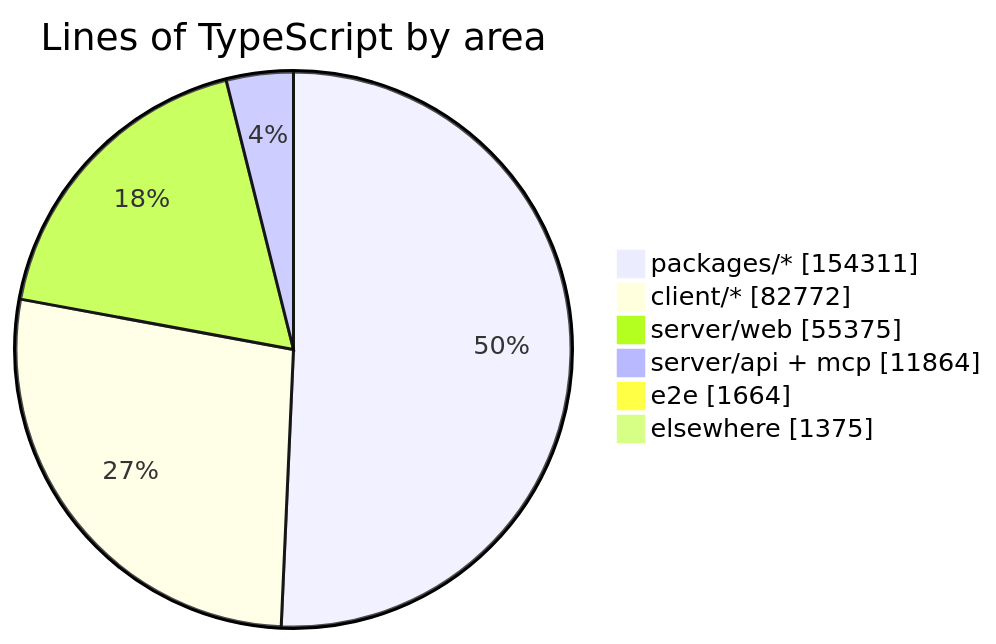
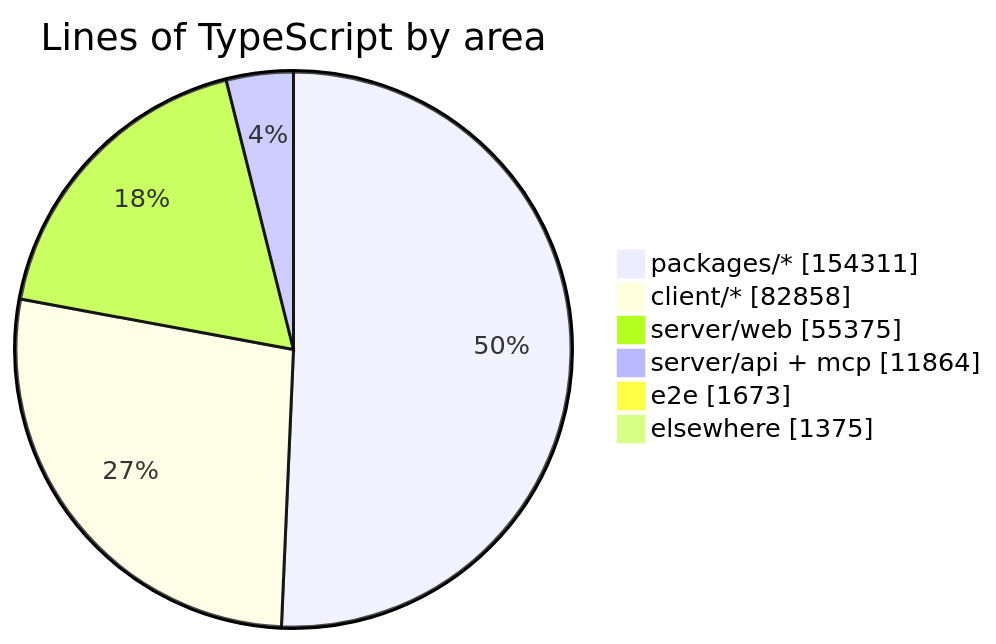
The diagram in README.md (crossworks-engineering/mantle), drawn with Mermaid before and after one commit. The commit also changed other lines of this file and 4 other files, not shown here.

````diff
--- a/README.md
+++ b/README.md
@@ -279,9 +279,9 @@
 ```mermaid
 pie showData title Lines of TypeScript by area
     "packages/*" : 154311
-    "client/*" : 82772
+    "client/*" : 82858
     "server/web" : 55375
     "server/api + mcp" : 11864
-    "e2e" : 1664
+    "e2e" : 1673
     "elsewhere" : 1375
 ```
````
